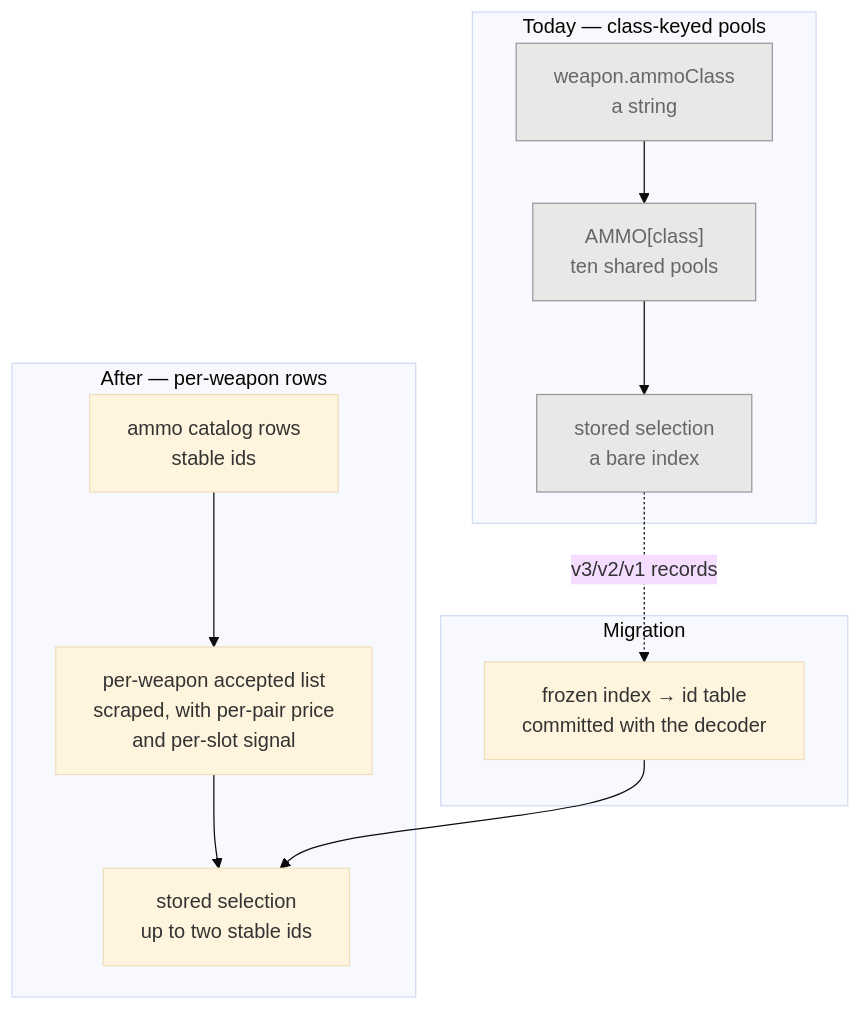
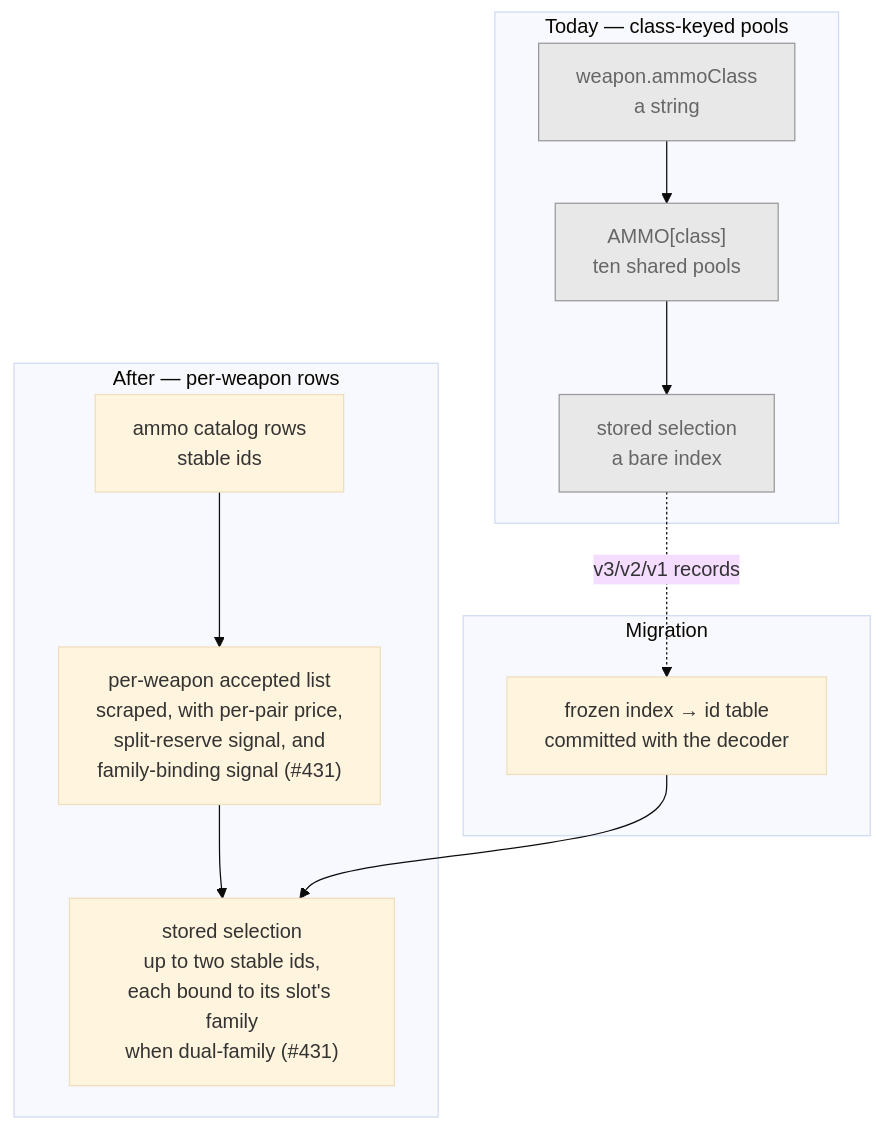
One commit to jonstump/the-outfitter changed the first of 2 diagrams in docs/openspec/specs/per-weapon-ammo/design.md. Above: the diagram before and after it, drawn with Mermaid (base theme). The commit also changed other lines of this file and 1 other file, not shown here.

````diff
--- a/docs/openspec/specs/per-weapon-ammo/design.md
+++ b/docs/openspec/specs/per-weapon-ammo/design.md
@@ -138,28 +172,28 @@
 ```mermaid
 graph TD
   subgraph before["Today — class-keyed pools"]
     cls["weapon.ammoClass<br/>a string"]
     pool["AMMO[class]<br/>ten shared pools"]
     idx["stored selection<br/>a bare index"]
     cls --> pool
     pool --> idx
   end
 
   subgraph after["After — per-weapon rows"]
     rows["ammo catalog rows<br/>stable ids"]
-    avail["per-weapon accepted list<br/>scraped, with per-pair price<br/>and per-slot signal"]
-    sel["stored selection<br/>up to two stable ids"]
+    avail["per-weapon accepted list<br/>scraped, with per-pair price,<br/>split-reserve signal, and<br/>family-binding signal (#431)"]
+    sel["stored selection<br/>up to two stable ids,<br/>each bound to its slot's family<br/>when dual-family (#431)"]
     avail --> sel
     rows --> avail
   end
 
   subgraph mig["Migration"]
     frozen["frozen index → id table<br/>committed with the decoder"]
   end
 
   idx -.->|"v3/v2/v1 records"| frozen
   frozen --> sel
 
   classDef gone fill:#e8e8e8,stroke:#999,color:#666
   class cls,pool,idx gone
 ```
````
